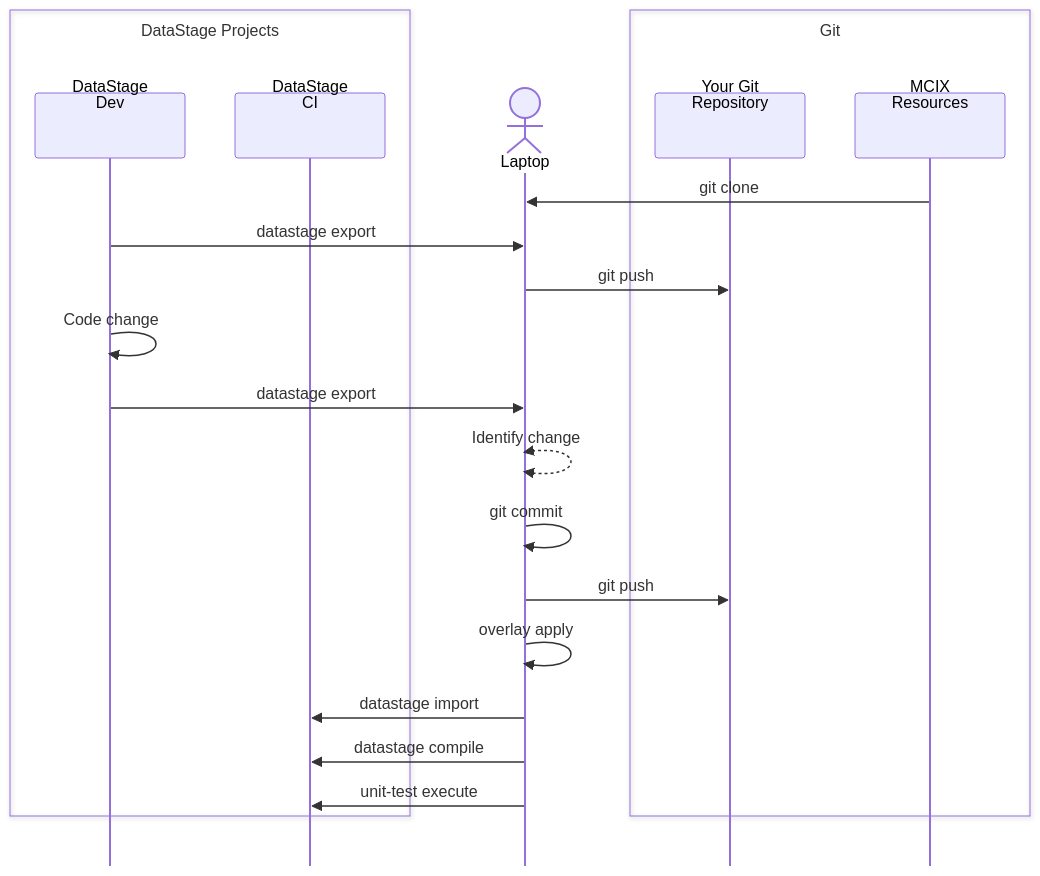
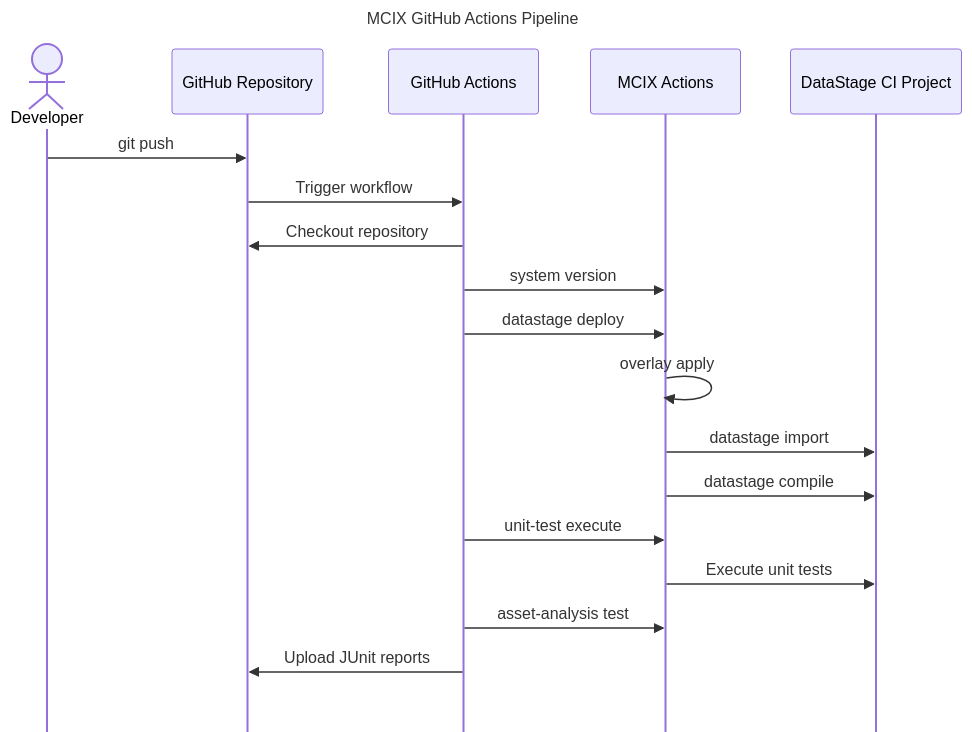
One commit to MettleCI/mcix-cli changed the diagram in _pages/github/tutorial-steps.md. Above: the diagram before and after it, drawn with Mermaid. The commit also changed other lines of this file and 9 other files, not shown here.

````diff
--- a/_pages/github/tutorial-steps.md
+++ b/_pages/github/tutorial-steps.md
@@ -66,49 +50,26 @@
 ```mermaid
-%%{init: {'sequence': {'diagramMarginY': 50, 'mirrorActors': false}}}%%
+---
+title: MCIX GitHub Actions Pipeline
+---
 sequenceDiagram
-    %% ------------
-    %% PARTICIPANTS
-    %% ------------
-    box DataStage Projects<br/><br/><br/>
-      participant DSDEV as DataStage<br/>Dev<br/><br/><br/><br/>
-      participant DSCI as DataStage<br/>CI<br/><br/><br/><br/>
-    end
-    actor Laptop as Laptop
-    box Git<br/><br/><br/>
-      participant Git as Your Git<br/>Repository<br/><br/><br/><br/>
-      participant MCIX as MCIX<br/>Resources<br/><br/><br/><br/>
-    end
+    %%{init: {'sequence': {'diagramMarginY': 50, 'mirrorActors': false}}}%%
 
-    %% -----
-    %% SETUP
-    %% -----
-    MCIX->>Laptop: git clone
-    DSDEV->>Laptop: datastage export
-    Laptop->>Git: git push
+    actor Dev as Developer
+    participant GitHub as GitHub Repository
+    participant Actions as GitHub Actions
+    participant MCIX as MCIX Actions
+    participant DSCI as DataStage CI Project
 
-    %% --------
-    %% GIT PUSH
-    %% --------
-    DSDEV->>DSDEV: Code change
-    DSDEV->>Laptop: datastage export
-    Laptop<<-->>Laptop: Identify change
-    Laptop->>Laptop: git commit
-    Laptop->>Git: git push
-
-    %% ------------
-    %% OVERLAYS
-    %% ------------
-    Laptop->>Laptop: overlay apply
-
-    Laptop->>DSCI: datastage import
-    Laptop->>DSCI: datastage compile
-
-    Laptop->>DSCI: unit-test execute
-
-    %% ASSET ANALYSIS
-    %% Temporarily reemoved until supported by the tutorial
-    %% MCIX->>Laptop: Asset Analysis Rules
-    %% Activate Laptop
-    %% Laptop->>Laptop: Asseet Analysis
-    %% Deactivate Laptop
+    Dev->>GitHub: git push
+    GitHub->>Actions: Trigger workflow
+    Actions->>GitHub: Checkout repository
+    Actions->>MCIX: system version
+    Actions->>MCIX: datastage deploy
+    MCIX->>MCIX: overlay apply
+    MCIX->>DSCI: datastage import
+    MCIX->>DSCI: datastage compile
+    Actions->>MCIX: unit-test execute
+    MCIX->>DSCI: Execute unit tests
+    Actions->>MCIX: asset-analysis test
+    Actions->>GitHub: Upload JUnit reports
 ```
````
